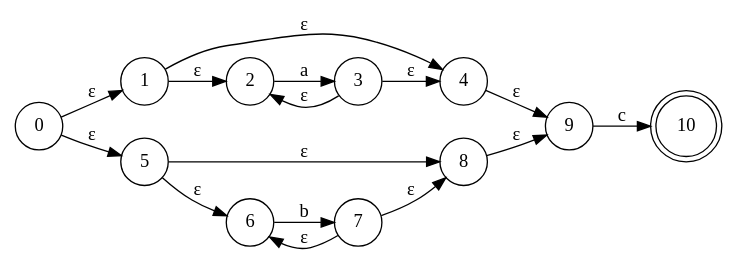
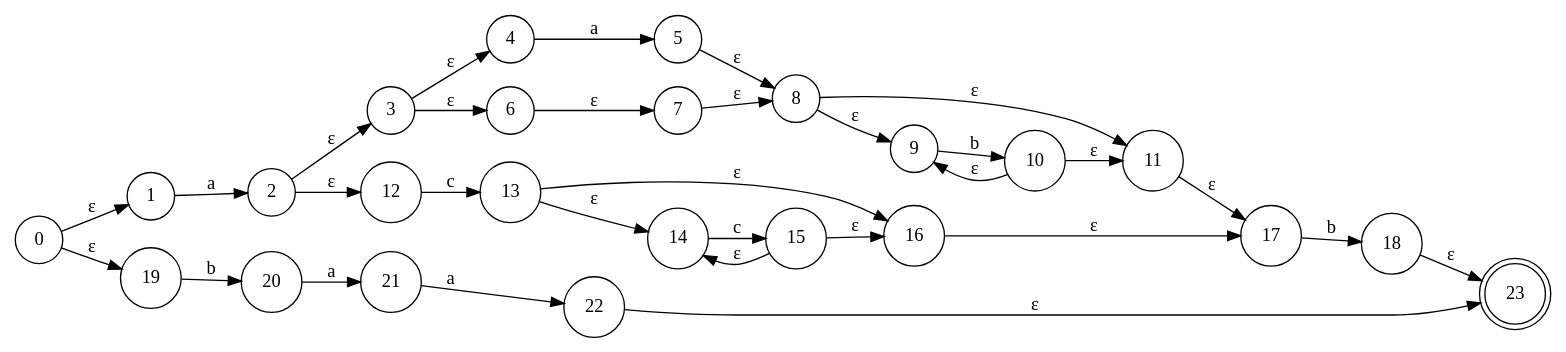
One commit to JoseGon20335/labC-lenguajes changed the diagram in AFN.gv. Above: the diagram before and after it, drawn with Graphviz. The commit also changed 16 other files, not shown here.

```diff
--- a/AFN.gv
+++ b/AFN.gv
@@ -1,30 +1,58 @@
 // resultado
 digraph AFN {
 	graph [rankdir=LR]
-	2138903744080 [label=0 shape=circle]
-	2138903744656 [label=1 shape=circle]
-	2138903744416 [label=4 shape=circle]
-	2138903744848 [label=2 shape=circle]
-	2138903744944 [label=3 shape=circle]
-	2138903745136 [label=5 shape=circle]
-	2138903745712 [label=8 shape=circle]
-	2138903745328 [label=6 shape=circle]
-	2138903745424 [label=7 shape=circle]
-	2138903744032 [label=9 shape=circle]
-	2138903746384 [label=10 shape=doublecircle]
-	2138903744080 -> 2138903744656 [label="ε"]
-	2138903744080 -> 2138903745136 [label="ε"]
-	2138903744656 -> 2138903744848 [label="ε"]
-	2138903744656 -> 2138903744416 [label="ε"]
-	2138903744416 -> 2138903744032 [label="ε"]
-	2138903744848 -> 2138903744944 [label=a]
-	2138903744944 -> 2138903744416 [label="ε"]
-	2138903744944 -> 2138903744848 [label="ε"]
-	2138903745136 -> 2138903745328 [label="ε"]
-	2138903745136 -> 2138903745712 [label="ε"]
-	2138903745712 -> 2138903744032 [label="ε"]
-	2138903745328 -> 2138903745424 [label=b]
-	2138903745424 -> 2138903745712 [label="ε"]
-	2138903745424 -> 2138903745328 [label="ε"]
-	2138903744032 -> 2138903746384 [label=c]
+	2806201453584 [label=0 shape=circle]
+	2806201460640 [label=23 shape=doublecircle]
+	2806201465248 [label=1 shape=circle]
+	2806201464864 [label=2 shape=circle]
+	2806201464480 [label=3 shape=circle]
+	2806201464288 [label=4 shape=circle]
+	2806201464192 [label=5 shape=circle]
+	2806201463808 [label=6 shape=circle]
+	2806201463712 [label=7 shape=circle]
+	2806201464384 [label=8 shape=circle]
+	2806201462656 [label=11 shape=circle]
+	2806201463040 [label=9 shape=circle]
+	2806201462944 [label=10 shape=circle]
+	2806201462176 [label=12 shape=circle]
+	2806201461792 [label=13 shape=circle]
+	2806201461216 [label=16 shape=circle]
+	2806201461600 [label=14 shape=circle]
+	2806201461504 [label=15 shape=circle]
+	2806201465392 [label=17 shape=circle]
+	2806201464576 [label=18 shape=circle]
+	2806201454640 [label=19 shape=circle]
+	2806201454112 [label=20 shape=circle]
+	2806201455456 [label=21 shape=circle]
+	2806201460256 [label=22 shape=circle]
+	2806201453584 -> 2806201465248 [label="ε"]
+	2806201453584 -> 2806201454640 [label="ε"]
+	2806201465248 -> 2806201464864 [label=a]
+	2806201464864 -> 2806201464480 [label="ε"]
+	2806201464864 -> 2806201462176 [label="ε"]
+	2806201464480 -> 2806201464288 [label="ε"]
+	2806201464480 -> 2806201463808 [label="ε"]
+	2806201464288 -> 2806201464192 [label=a]
+	2806201464192 -> 2806201464384 [label="ε"]
+	2806201463808 -> 2806201463712 [label="ε"]
+	2806201463712 -> 2806201464384 [label="ε"]
+	2806201464384 -> 2806201463040 [label="ε"]
+	2806201464384 -> 2806201462656 [label="ε"]
+	2806201462656 -> 2806201465392 [label="ε"]
+	2806201463040 -> 2806201462944 [label=b]
+	2806201462944 -> 2806201462656 [label="ε"]
+	2806201462944 -> 2806201463040 [label="ε"]
+	2806201462176 -> 2806201461792 [label=c]
+	2806201461792 -> 2806201461600 [label="ε"]
+	2806201461792 -> 2806201461216 [label="ε"]
+	2806201461216 -> 2806201465392 [label="ε"]
+	2806201461600 -> 2806201461504 [label=c]
+	2806201461504 -> 2806201461216 [label="ε"]
+	2806201461504 -> 2806201461600 [label="ε"]
+	2806201465392 -> 2806201464576 [label=b]
+	2806201464576 -> 2806201460640 [label="ε"]
+	2806201454640 -> 2806201454112 [label=b]
+	2806201454112 -> 2806201455456 [label=a]
+	2806201455456 -> 2806201460256 [label=a]
+	2806201460256 -> 2806201460640 [label="ε"]
 }
```
